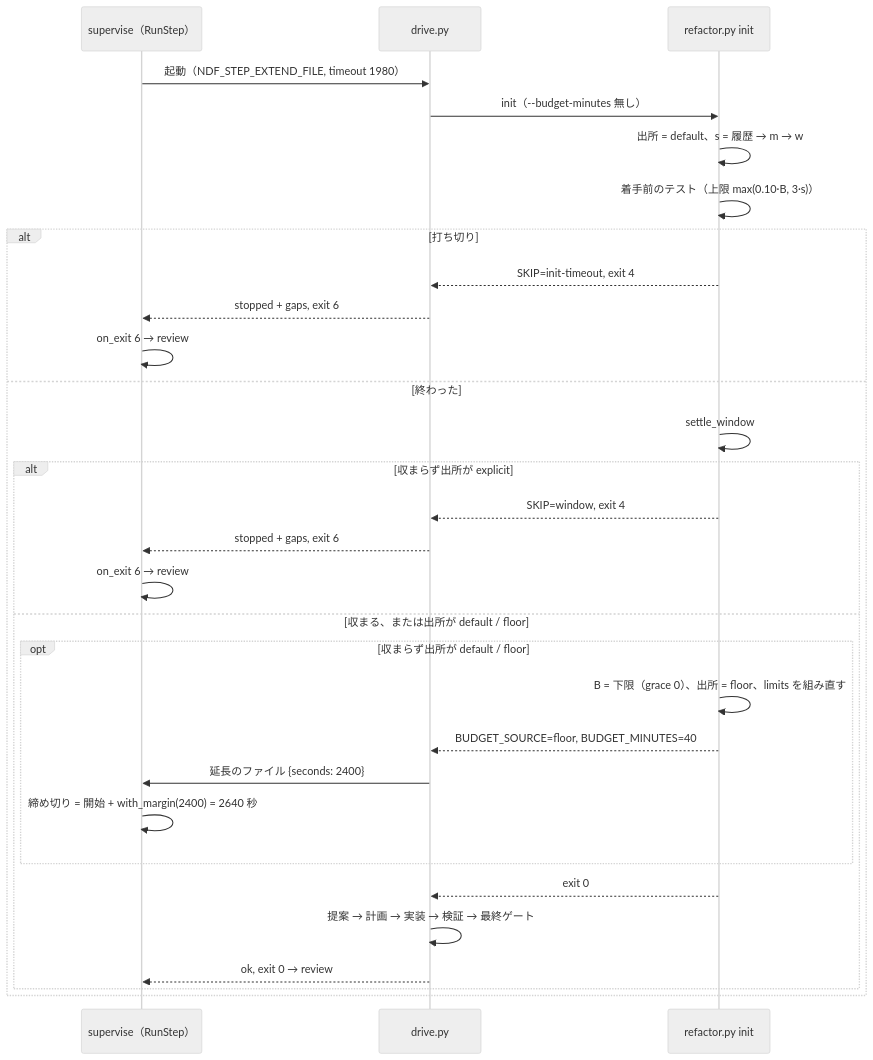
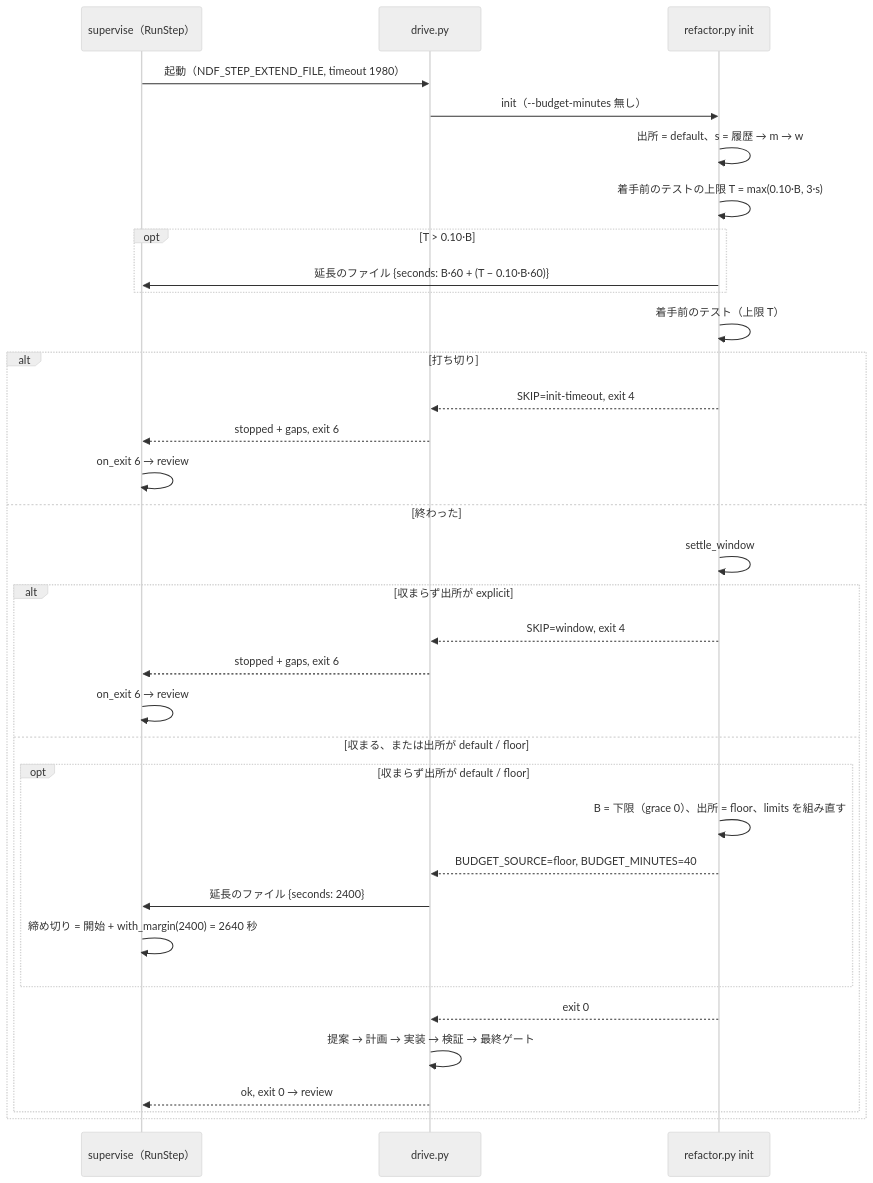
The third of 3 diagrams in issues/issue-2047-design.md (devbasex/ai-plugins), drawn with Mermaid (neutral theme) before and after one commit. The commit also changed other lines of this file and 2 other files, not shown here.

````diff
--- a/issues/issue-2047-design.md
+++ b/issues/issue-2047-design.md
@@ -251,32 +251,36 @@
 ```mermaid
 sequenceDiagram
   participant E as supervise（RunStep）
   participant D as drive.py
   participant I as refactor.py init
   E->>D: 起動（NDF_STEP_EXTEND_FILE, timeout 1980）
   D->>I: init（--budget-minutes 無し）
   I->>I: 出所 = default、s = 履歴 → m → w
-  I->>I: 着手前のテスト（上限 max(0.10·B, 3·s)）
+  I->>I: 着手前のテストの上限 T = max(0.10·B, 3·s)
+  opt T > 0.10·B
+    I->>E: 延長のファイル {seconds: B·60 + (T − 0.10·B·60)}
+  end
+  I->>I: 着手前のテスト（上限 T）
   alt 打ち切り
     I-->>D: SKIP=init-timeout, exit 4
     D-->>E: stopped + gaps, exit 6
     E->>E: on_exit 6 → review
   else 終わった
     I->>I: settle_window
     alt 収まらず出所が explicit
       I-->>D: SKIP=window, exit 4
       D-->>E: stopped + gaps, exit 6
       E->>E: on_exit 6 → review
     else 収まる、または出所が default / floor
       opt 収まらず出所が default / floor
         I->>I: B = 下限（grace 0）、出所 = floor、limits を組み直す
         I-->>D: BUDGET_SOURCE=floor, BUDGET_MINUTES=40
         D->>E: 延長のファイル {seconds: 2400}
         E->>E: 締め切り = 開始 + with_margin(2400) = 2640 秒
       end
       I-->>D: exit 0
       D->>D: 提案 → 計画 → 実装 → 検証 → 最終ゲート
       D-->>E: ok, exit 0 → review
     end
   end
 ```
````
